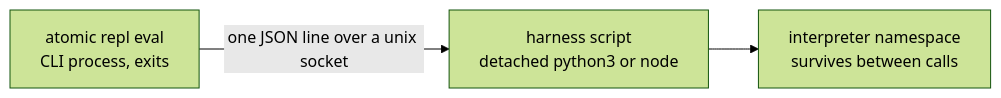
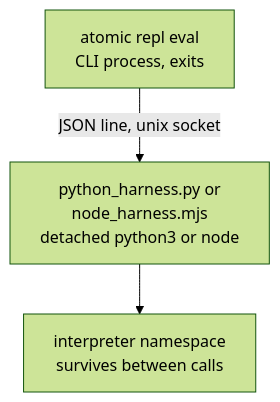
One commit to damusix/atomic-claude changed the first of 6 diagrams in docs/wiki/repl.md. Above: the diagram before and after it, drawn with Mermaid (forest theme). The commit also changed other lines of this file and 19 other files, not shown here.

````diff
--- a/docs/wiki/repl.md
+++ b/docs/wiki/repl.md
@@ -19,5 +19,5 @@
 ```mermaid
-flowchart LR
-    CLI["atomic repl eval<br/>CLI process, exits"] -->|"one JSON line over a unix socket"| H["harness script<br/>detached python3 or node"]
+flowchart TD
+    CLI["atomic repl eval<br/>CLI process, exits"] -->|"JSON line, unix socket"| H["python_harness.py or<br/>node_harness.mjs<br/>detached python3 or node"]
     H --> NS["interpreter namespace<br/>survives between calls"]
 ```
````
